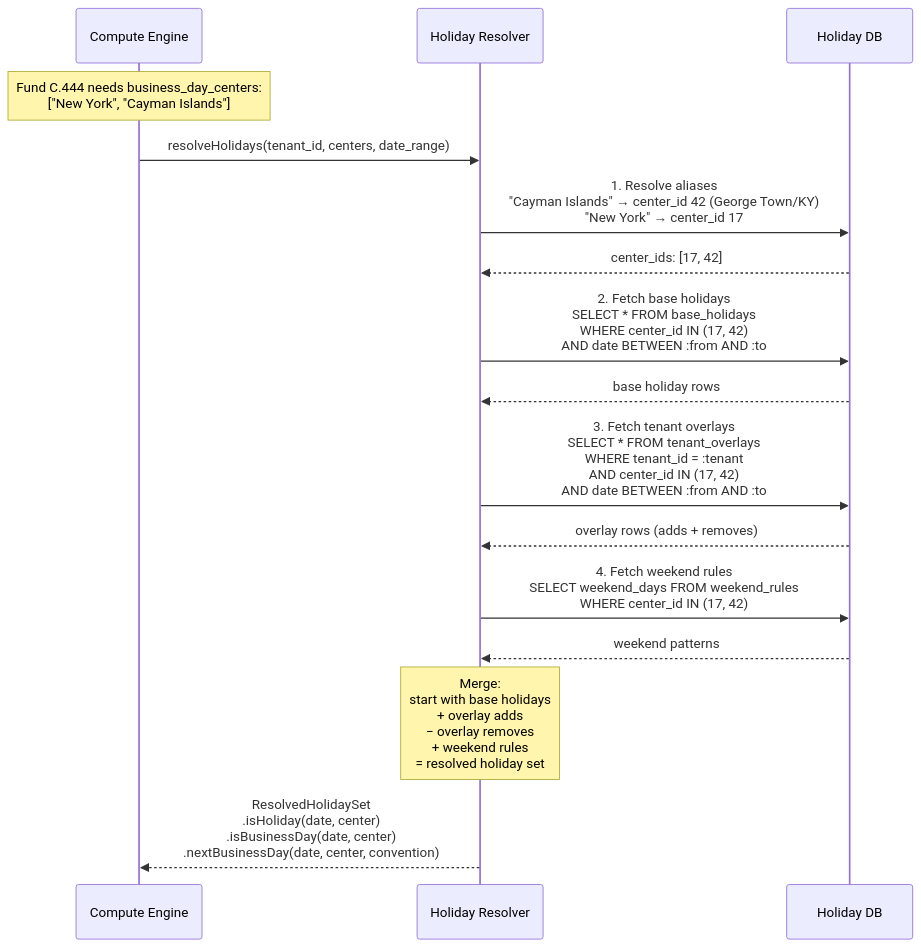
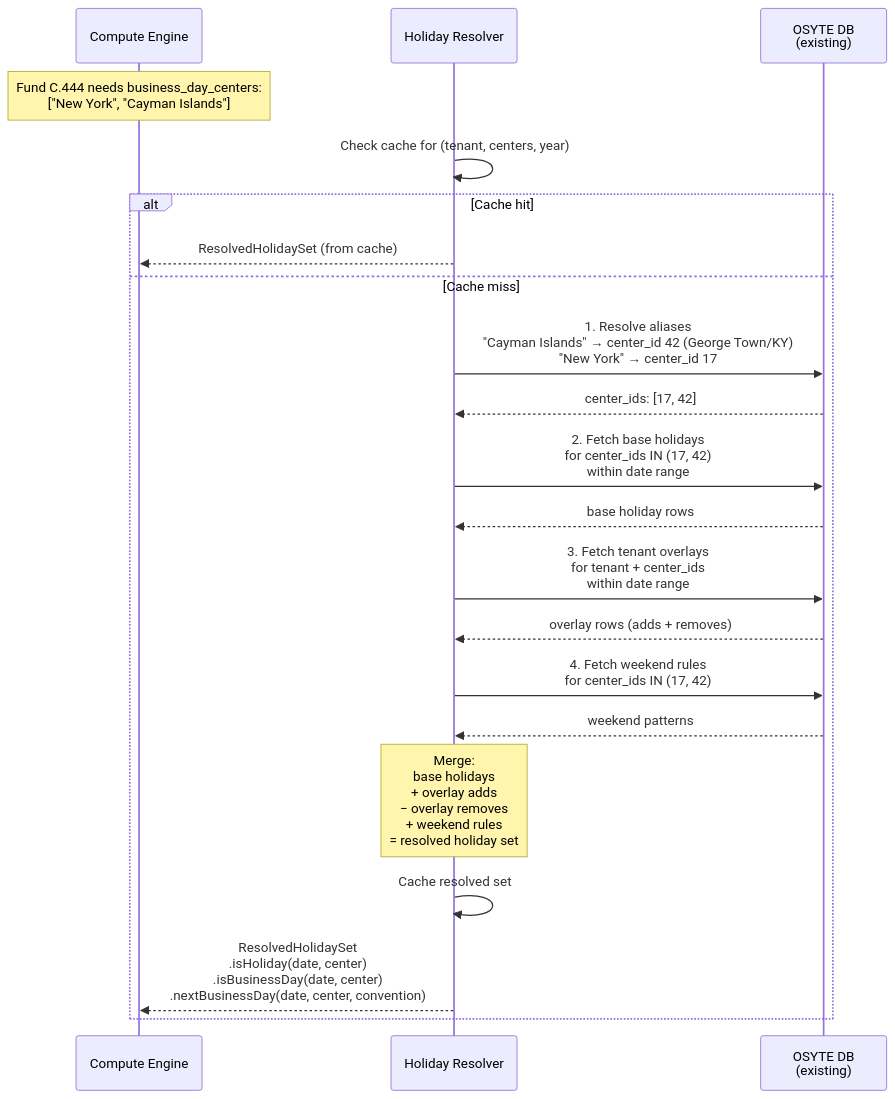
The first of 7 diagrams in lcs-main/docs/architecture.md (Ashu290905/OSYTE), drawn with Mermaid before and after one commit. The commit also changed other lines of this file and 1 other file, not shown here.

First line of the commit message:
Remove ingestion layer and DB schema — LCS reads from OSYTE

````diff
--- a/lcs-main/docs/architecture.md
+++ b/lcs-main/docs/architecture.md
@@ -113,26 +84,32 @@
 ```mermaid
 sequenceDiagram
     participant DE as Compute Engine
-    participant HS as Holiday Resolver
-    participant DB as Holiday DB
+    participant HR as Holiday Resolver
+    participant DB as OSYTE DB<br/>(existing)
 
     Note over DE: Fund C.444 needs business_day_centers:<br/>["New York", "Cayman Islands"]
 
-    DE->>HS: resolveHolidays(tenant_id, centers, date_range)
+    HR->>HR: Check cache for (tenant, centers, year)
 
-    HS->>DB: 1. Resolve aliases<br/>"Cayman Islands" → center_id 42 (George Town/KY)<br/>"New York" → center_id 17
-    DB-->>HS: center_ids: [17, 42]
+    alt Cache hit
+        HR-->>DE: ResolvedHolidaySet (from cache)
+    else Cache miss
+        HR->>DB: 1. Resolve aliases<br/>"Cayman Islands" → center_id 42 (George Town/KY)<br/>"New York" → center_id 17
+        DB-->>HR: center_ids: [17, 42]
 
-    HS->>DB: 2. Fetch base holidays<br/>SELECT * FROM base_holidays<br/>WHERE center_id IN (17, 42)<br/>AND date BETWEEN :from AND :to
-    DB-->>HS: base holiday rows
+        HR->>DB: 2. Fetch base holidays<br/>for center_ids IN (17, 42)<br/>within date range
+        DB-->>HR: base holiday rows
 
-    HS->>DB: 3. Fetch tenant overlays<br/>SELECT * FROM tenant_overlays<br/>WHERE tenant_id = :tenant<br/>AND center_id IN (17, 42)<br/>AND date BETWEEN :from AND :to
-    DB-->>HS: overlay rows (adds + removes)
+        HR->>DB: 3. Fetch tenant overlays<br/>for tenant + center_ids<br/>within date range
+        DB-->>HR: overlay rows (adds + removes)
 
-    HS->>DB: 4. Fetch weekend rules<br/>SELECT weekend_days FROM weekend_rules<br/>WHERE center_id IN (17, 42)
-    DB-->>HS: weekend patterns
+        HR->>DB: 4. Fetch weekend rules<br/>for center_ids IN (17, 42)
+        DB-->>HR: weekend patterns
 
-    Note over HS: Merge:<br/>start with base holidays<br/>+ overlay adds<br/>− overlay removes<br/>+ weekend rules<br/>= resolved holiday set
+        Note over HR: Merge:<br/>base holidays<br/>+ overlay adds<br/>− overlay removes<br/>+ weekend rules<br/>= resolved holiday set
 
-    HS-->>DE: ResolvedHolidaySet<br/>.isHoliday(date, center)<br/>.isBusinessDay(date, center)<br/>.nextBusinessDay(date, center, convention)
+        HR->>HR: Cache resolved set
+
+        HR-->>DE: ResolvedHolidaySet<br/>.isHoliday(date, center)<br/>.isBusinessDay(date, center)<br/>.nextBusinessDay(date, center, convention)
+    end
 ```
````
